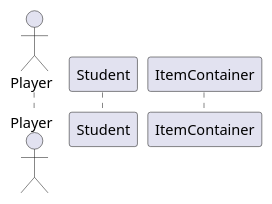
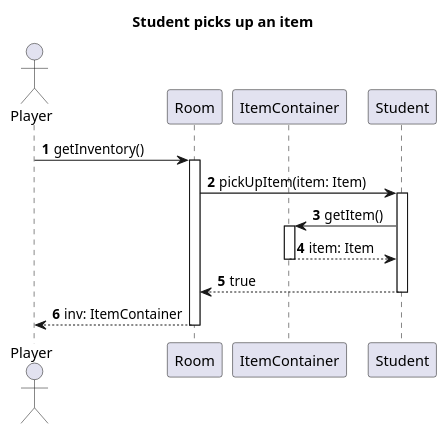
The diagram in resources/sequence_diagrams/student_picks_up_an_item.puml (MysticMazeEducators/.github), drawn with PlantUML before and after one commit. The commit also changed 1 other file, not shown here.

Commit message:
Student picking up an item sequence diagram done

```diff
--- a/resources/sequence_diagrams/student_picks_up_an_item.puml
+++ b/resources/sequence_diagrams/student_picks_up_an_item.puml
@@ -1,12 +1,24 @@
 @startuml
 'https://plantuml.com/sequence-diagram
 
 autonumber
+title Student picks up an item
 
 actor Player as p
+participant Room as r
+participant ItemContainer as inv
 participant Student as student
-participant ItemContainer as i
 
+p->r: getInventory()
+activate r
 
+r->student: pickUpItem(item: Item)
+activate student
 
+student->inv: getItem()
+activate inv
+
+return item: Item
+return true
+return inv: ItemContainer
 @enduml
```
